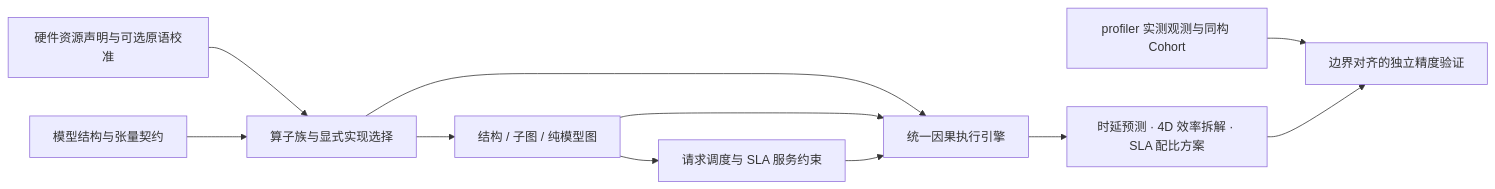
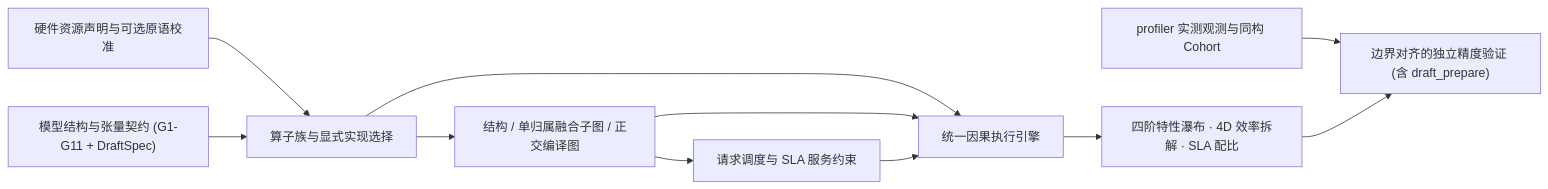
The diagram in docs/simulation-system.md (mindie-agent/mindie-agent), drawn with Mermaid before and after one commit. The commit also changed other lines of this file and 3 other files, not shown here.

````diff
--- a/docs/simulation-system.md
+++ b/docs/simulation-system.md
@@ -35,13 +35,13 @@
 ```mermaid
 flowchart LR
     H["硬件资源声明与可选原语校准"] --> O["算子族与显式实现选择"]
-    M["模型结构与张量契约"] --> O
-    O --> G["结构 / 子图 / 纯模型图"]
+    M["模型结构与张量契约 (G1-G11 + DraftSpec)"] --> O
+    O --> G["结构 / 单归属融合子图 / 正交编译图"]
     G --> S["请求调度与 SLA 服务约束"]
     O --> E["统一因果执行引擎"]
     G --> E
     S --> E
-    E --> R["时延预测 · 4D 效率拆解 · SLA 配比方案"]
-    P["profiler 实测观测与同构 Cohort"] --> V["边界对齐的独立精度验证"]
+    E --> R["四阶特性瀑布 · 4D 效率拆解 · SLA 配比"]
+    P["profiler 实测观测与同构 Cohort"] --> V["边界对齐的独立精度验证 (含 draft_prepare)"]
     R --> V
 ```
````
